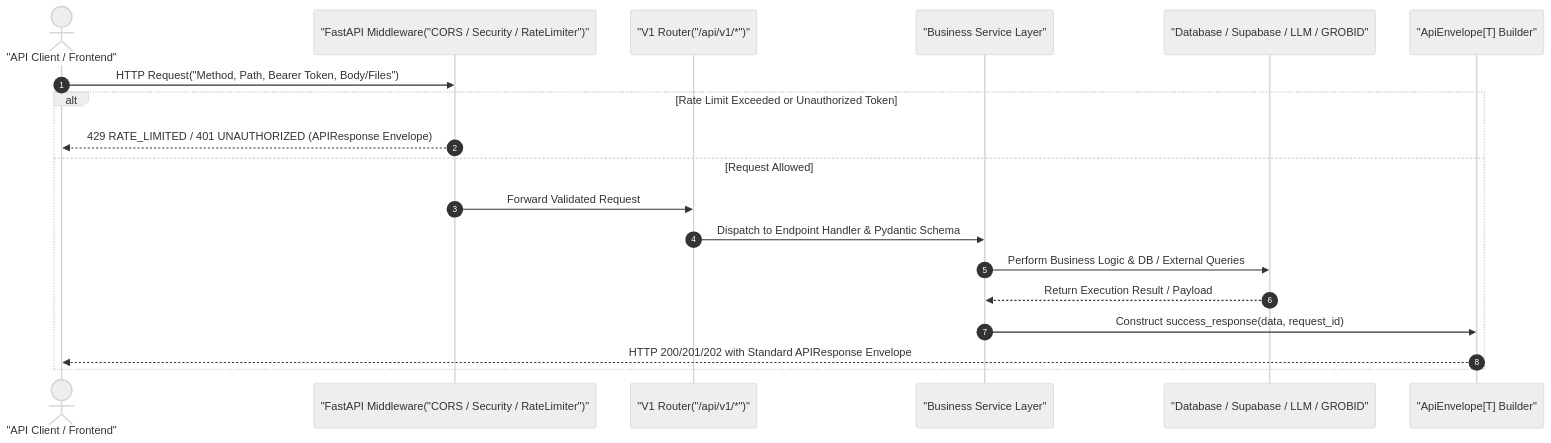
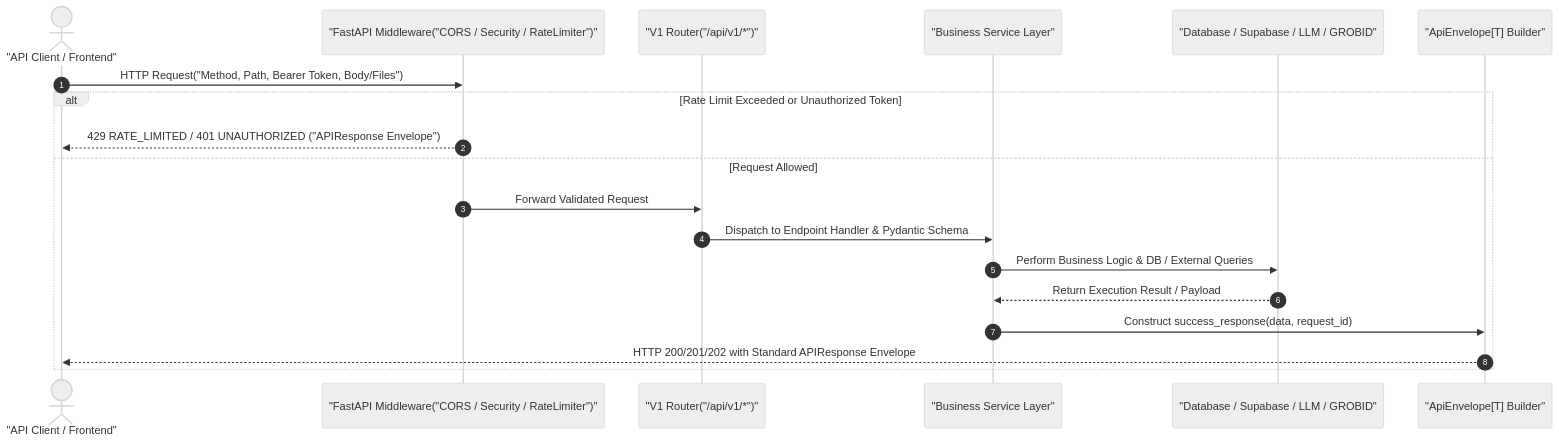
The diagram in docs/docs/api/reference.md (rohitkumarnaidu/ScholarFormAI), drawn with Mermaid (neutral theme) before and after one commit. The commit also changed 611 other files, not shown here.

````diff
--- a/docs/docs/api/reference.md
+++ b/docs/docs/api/reference.md
@@ -17,23 +17,23 @@
 ```mermaid
 sequenceDiagram
     autonumber
     actor Client as "API Client / Frontend"
     participant Gateway as "FastAPI Middleware("CORS / Security / RateLimiter")"
     participant Router as "V1 Router("/api/v1/*")"
     participant Service as "Business Service Layer"
     participant Downstream as "Database / Supabase / LLM / GROBID"
     participant Envelope as "ApiEnvelope[T] Builder"
 
 
     Client->>Gateway: HTTP Request("Method, Path, Bearer Token, Body/Files")
     alt Rate Limit Exceeded or Unauthorized Token
-        Gateway-->>Client: 429 RATE_LIMITED / 401 UNAUTHORIZED (APIResponse Envelope)
+        Gateway-->>Client: 429 RATE_LIMITED / 401 UNAUTHORIZED ("APIResponse Envelope")
     else Request Allowed
         Gateway->>Router: Forward Validated Request
         Router->>Service: Dispatch to Endpoint Handler & Pydantic Schema
         Service->>Downstream: Perform Business Logic & DB / External Queries
         Downstream-->>Service: Return Execution Result / Payload
         Service->>Envelope: Construct success_response(data, request_id)
         Envelope-->>Client: HTTP 200/201/202 with Standard APIResponse Envelope
     end
 ```
````
